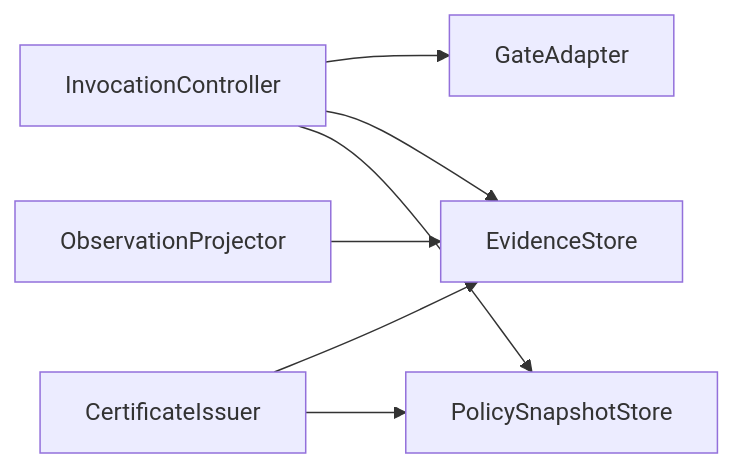
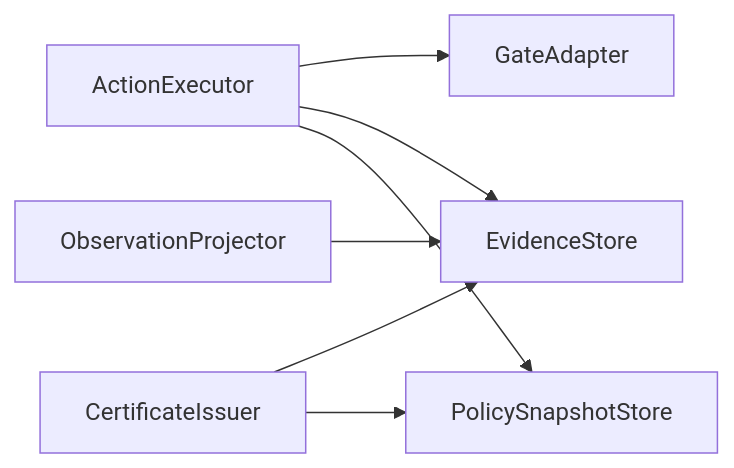
Before and after one commit to ohdearquant/lionagi: the first of 2 diagrams in docs/adr/ADR-0087-evidence-backed-governed-execution.md, drawn with Mermaid. The commit also changed other lines of this file and 17 other files, not shown here.

Commit message:
docs(architecture): define consolidation authorities and migration gates

````diff
--- a/docs/adr/ADR-0087-evidence-backed-governed-execution.md
+++ b/docs/adr/ADR-0087-evidence-backed-governed-execution.md
@@ -745,9 +923,9 @@
 ```mermaid
 flowchart LR
-    IC[InvocationController] --> GA[GateAdapter]
+    IC[ActionExecutor] --> GA[GateAdapter]
     IC --> ES[EvidenceStore]
     IC --> PS[PolicySnapshotStore]
     CI[CertificateIssuer] --> ES
     CI --> PS
     OP[ObservationProjector] --> ES
 ```
````
